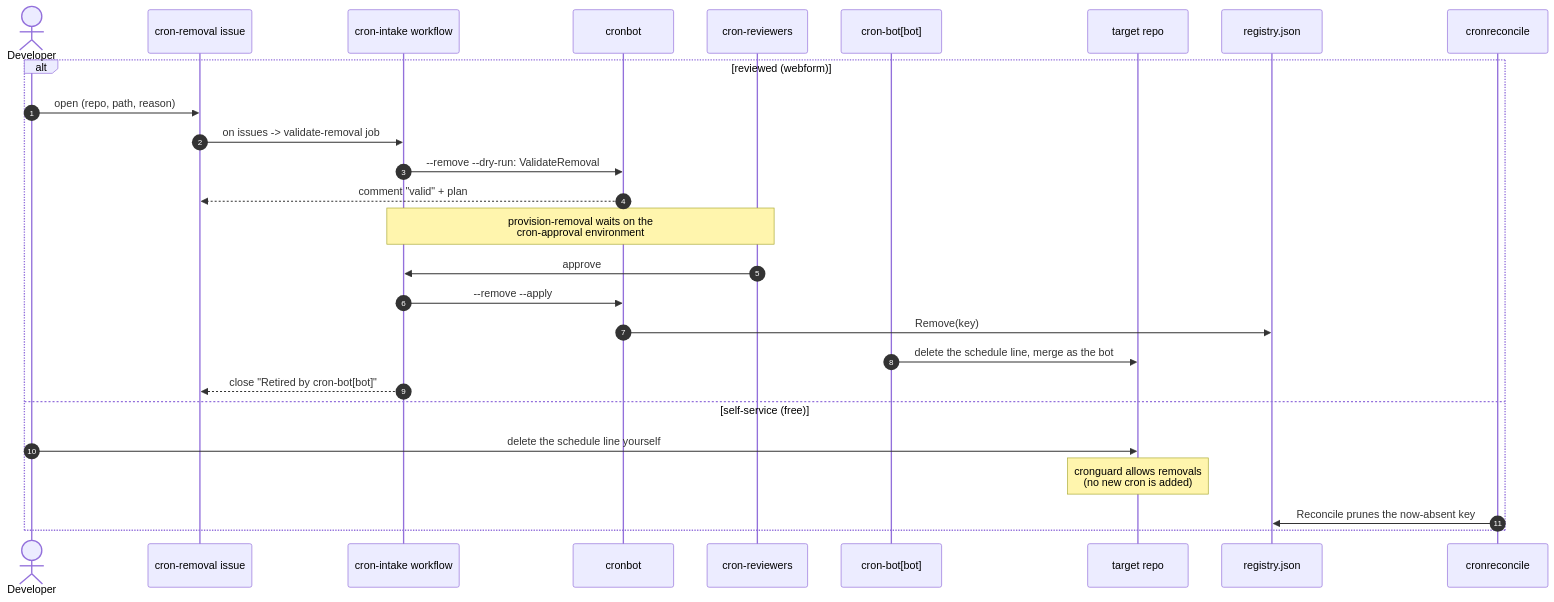
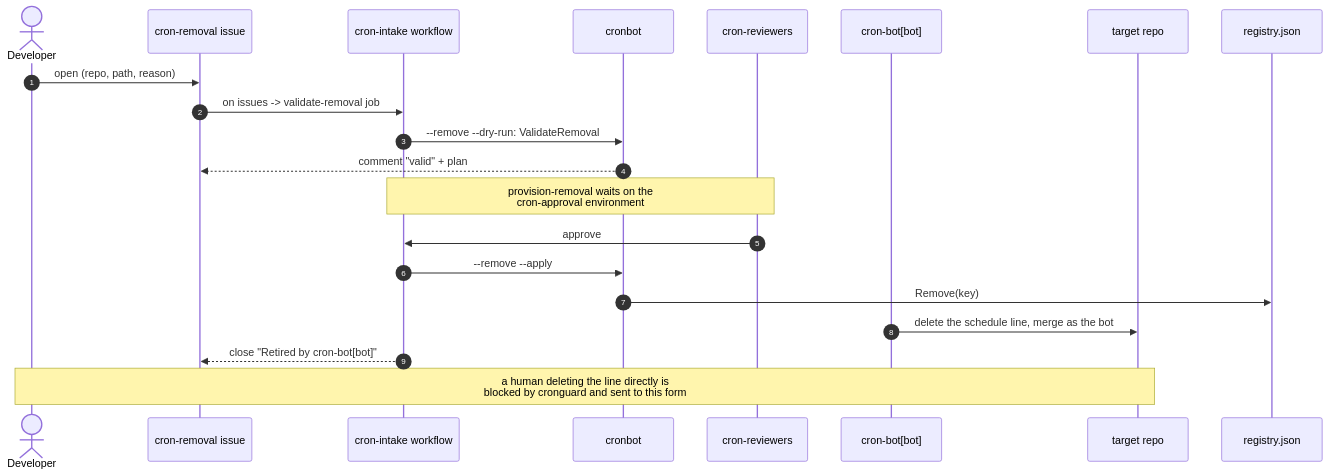
One commit to stefanpenner-cs/cronbot changed the third of 3 diagrams in README.md. Above: the diagram before and after it, drawn with Mermaid. The commit also changed other lines of this file and 7 other files, not shown here.

First line of the commit message:
cronguard: block cron removals too; drop the reconcile janitor

````diff
--- a/README.md
+++ b/README.md
@@ -111,30 +109,24 @@
 ```mermaid
 sequenceDiagram
     autonumber
     actor Dev as Developer
     participant Form as cron-removal issue
     participant CI as cron-intake workflow
     participant Bot as cronbot
     participant Crew as cron-reviewers
     participant App as cron-bot[bot]
     participant Repo as target repo
     participant Reg as registry.json
-    participant Recon as cronreconcile
 
-    alt reviewed (webform)
-        Dev->>Form: open (repo, path, reason)
-        Form->>CI: on issues -> validate-removal job
-        CI->>Bot: --remove --dry-run: ValidateRemoval
-        Bot-->>Form: comment "valid" + plan
-        Note over CI,Crew: provision-removal waits on the<br/>cron-approval environment
-        Crew->>CI: approve
-        CI->>Bot: --remove --apply
-        Bot->>Reg: Remove(key)
-        App->>Repo: delete the schedule line, merge as the bot
-        CI-->>Form: close "Retired by cron-bot[bot]"
-    else self-service (free)
-        Dev->>Repo: delete the schedule line yourself
-        Note over Repo: cronguard allows removals<br/>(no new cron is added)
-        Recon->>Reg: Reconcile prunes the now-absent key
-    end
+    Dev->>Form: open (repo, path, reason)
+    Form->>CI: on issues -> validate-removal job
+    CI->>Bot: --remove --dry-run: ValidateRemoval
+    Bot-->>Form: comment "valid" + plan
+    Note over CI,Crew: provision-removal waits on the<br/>cron-approval environment
+    Crew->>CI: approve
+    CI->>Bot: --remove --apply
+    Bot->>Reg: Remove(key)
+    App->>Repo: delete the schedule line, merge as the bot
+    CI-->>Form: close "Retired by cron-bot[bot]"
+    Note over Dev,Repo: a human deleting the line directly is<br/>blocked by cronguard and sent to this form
 ```
````
